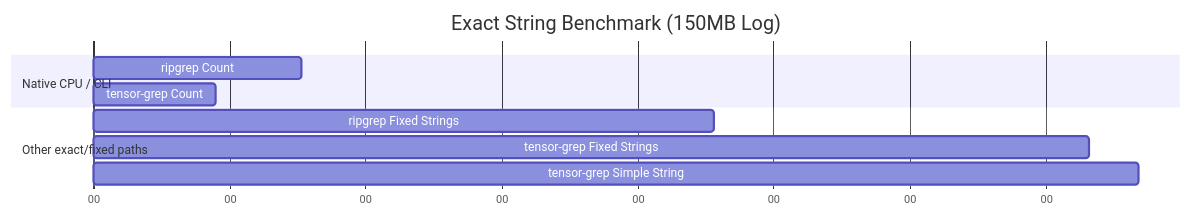
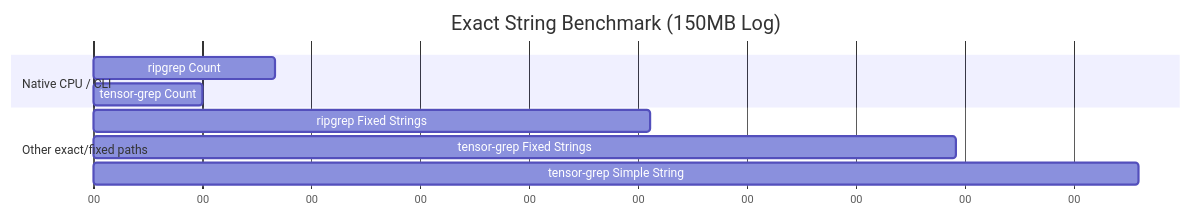
The third of 3 diagrams in docs/PAPER.md (oimiragieo/tensor-grep), drawn with Mermaid before and after one commit. The commit also changed other lines of this file and 1 other file, not shown here.

````diff
--- a/docs/PAPER.md
+++ b/docs/PAPER.md
@@ -127,15 +127,15 @@
 ```mermaid
 gantt
     title Exact String Benchmark (150MB Log)
     dateFormat  s
     axisFormat %S
     
     section Native CPU / CLI
-    ripgrep Count              :a1, 0, 0.153s
-    tensor-grep Count          :a2, 0, 0.090s
+    ripgrep Count              :a1, 0, 0.167s
+    tensor-grep Count          :a2, 0, 0.100s
     
     section Other exact/fixed paths
-    ripgrep Fixed Strings      :a3, 0, 0.456s
-    tensor-grep Fixed Strings  :a4, 0, 0.732s
-    tensor-grep Simple String  :a5, 0, 0.768s
+    ripgrep Fixed Strings      :a3, 0, 0.511s
+    tensor-grep Fixed Strings  :a4, 0, 0.792s
+    tensor-grep Simple String  :a5, 0, 0.960s
 ```
````
